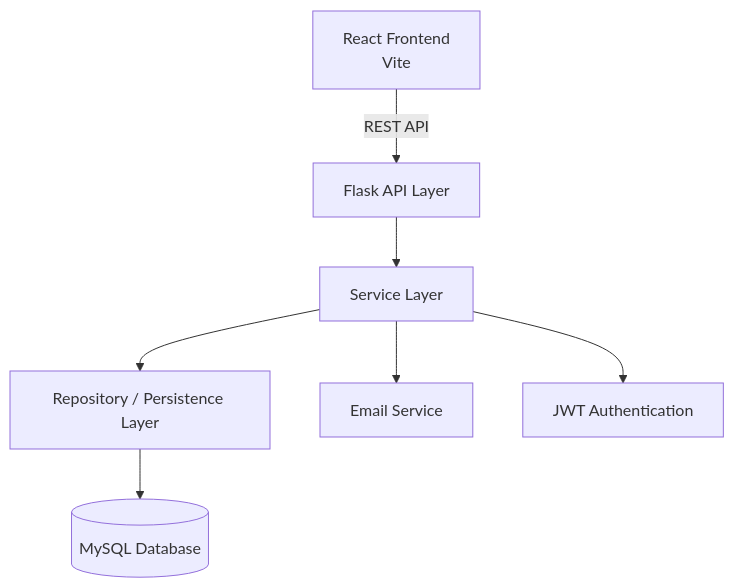
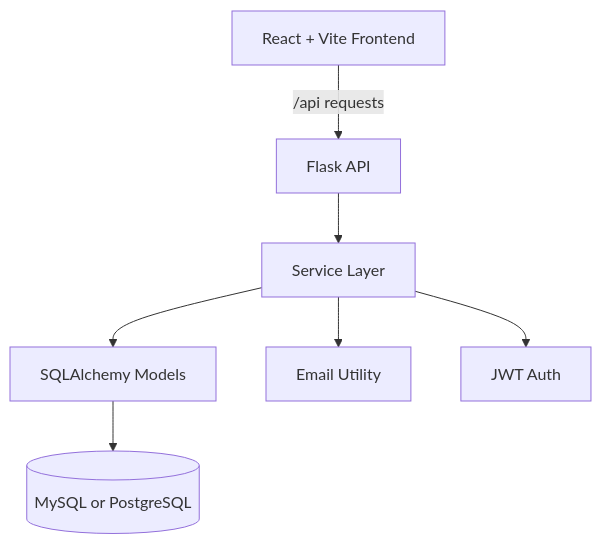
Before and after one commit to omarrui/Jardinage_jr: the diagram in README.md, drawn with Mermaid. The commit also changed other lines of this file, not shown here.

````diff
--- a/README.md
+++ b/README.md
@@ -58,10 +58,9 @@
 ```mermaid
 flowchart TD
-    A[React Frontend<br/>Vite] -->|REST API| B[Flask API Layer]
+    A[React + Vite Frontend] -->|/api requests| B[Flask API]
     B --> C[Service Layer]
-    C --> D[Repository / Persistence Layer]
-    D --> E[(MySQL Database)]
-
-    C --> F[Email Service]
-    C --> G[JWT Authentication]
+    C --> D[SQLAlchemy Models]
+    D --> E[(MySQL or PostgreSQL)]
+    C --> F[Email Utility]
+    C --> G[JWT Auth]
 ```
````
